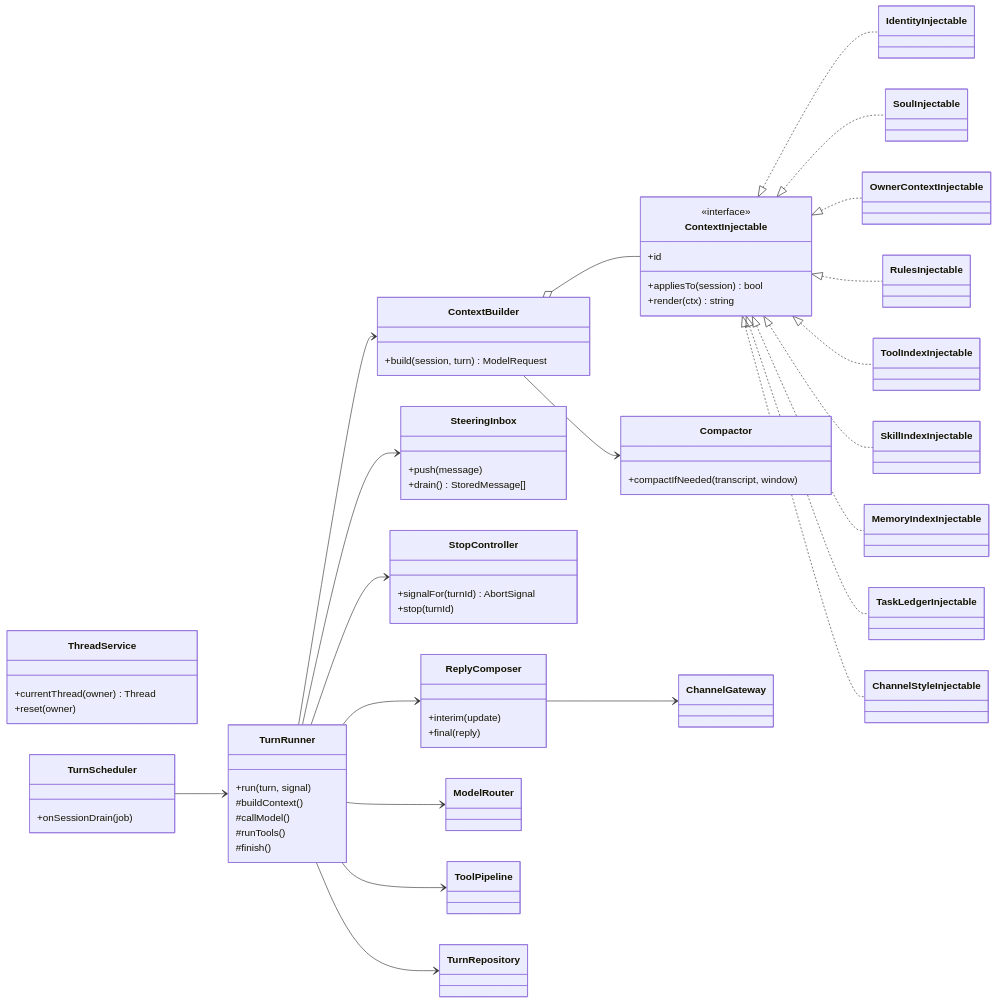
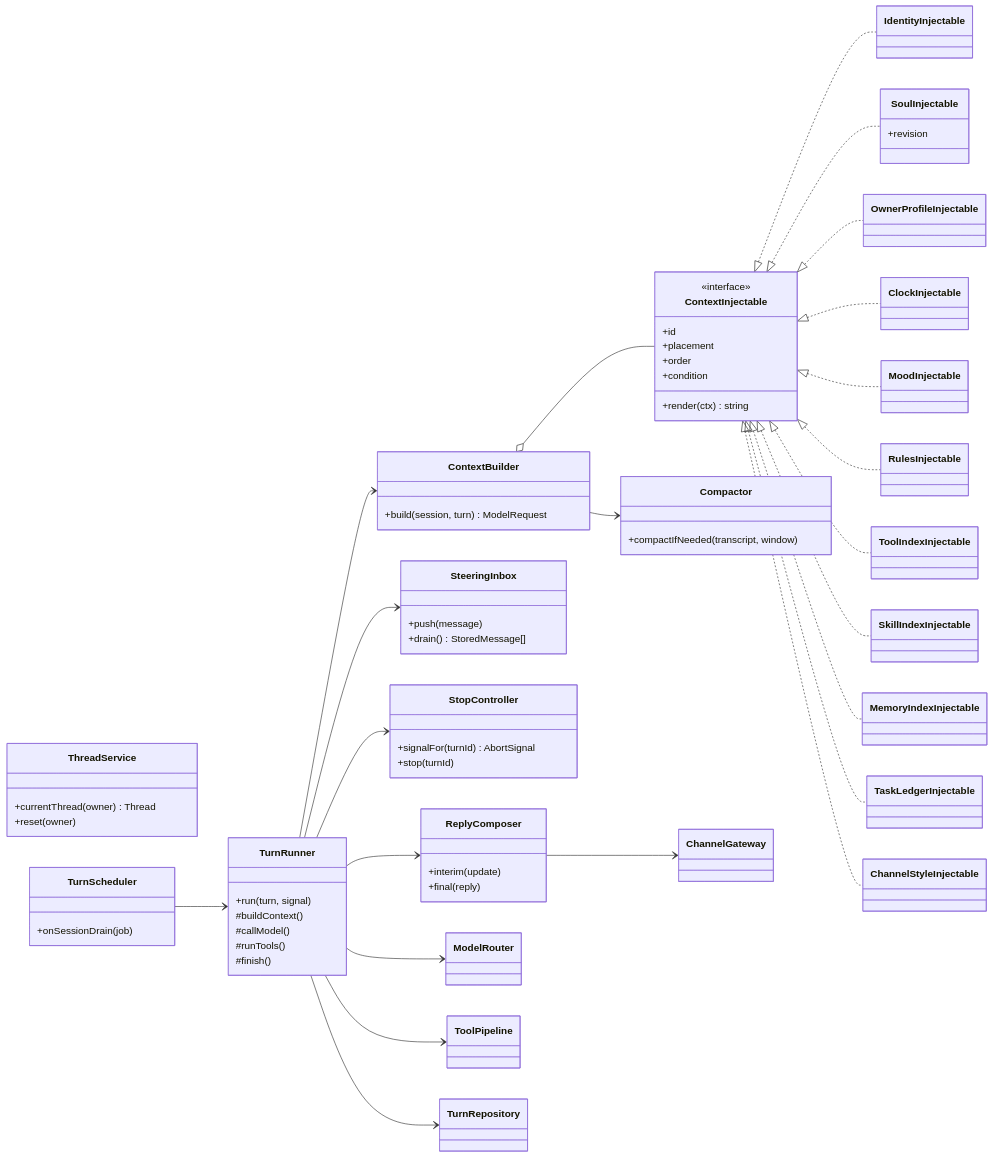
One commit to ggiraudon/shitsuji changed the fifth of 14 diagrams in docs/06-class-map.md. Above: the diagram before and after it, drawn with Mermaid. The commit also changed 8 other files, not shown here.

First line of the commit message:
Design injectable placement, the assembled SOUL and a mood (F25)

````diff
--- a/docs/06-class-map.md
+++ b/docs/06-class-map.md
@@ -302,72 +302,80 @@
 ```mermaid
 classDiagram
   direction LR
   class ThreadService {
     +currentThread(owner) Thread
     +reset(owner)
   }
   class TurnScheduler {
     +onSessionDrain(job)
   }
   class TurnRunner {
     +run(turn, signal)
     #buildContext()
     #callModel()
     #runTools()
     #finish()
   }
   class ContextBuilder {
     +build(session, turn) ModelRequest
   }
   class ContextInjectable {
     <<interface>>
     +id
-    +appliesTo(session) bool
+    +placement
+    +order
+    +condition
     +render(ctx) string
   }
   class IdentityInjectable
-  class SoulInjectable
-  class OwnerContextInjectable
+  class SoulInjectable {
+    +revision
+  }
+  class OwnerProfileInjectable
+  class ClockInjectable
+  class MoodInjectable
   class RulesInjectable
   class ToolIndexInjectable
   class SkillIndexInjectable
   class MemoryIndexInjectable
   class TaskLedgerInjectable
   class ChannelStyleInjectable
   class Compactor {
     +compactIfNeeded(transcript, window)
   }
   class SteeringInbox {
     +push(message)
     +drain() StoredMessage[]
   }
   class StopController {
     +signalFor(turnId) AbortSignal
     +stop(turnId)
   }
   class ReplyComposer {
     +interim(update)
     +final(reply)
   }
 
   TurnScheduler --> TurnRunner
   TurnRunner --> ContextBuilder
   TurnRunner --> ModelRouter
   TurnRunner --> ToolPipeline
   TurnRunner --> SteeringInbox
   TurnRunner --> StopController
   TurnRunner --> ReplyComposer
   TurnRunner --> TurnRepository
   ContextBuilder o-- ContextInjectable
   ContextBuilder --> Compactor
   ContextInjectable <|.. IdentityInjectable
   ContextInjectable <|.. SoulInjectable
-  ContextInjectable <|.. OwnerContextInjectable
+  ContextInjectable <|.. OwnerProfileInjectable
+  ContextInjectable <|.. ClockInjectable
+  ContextInjectable <|.. MoodInjectable
   ContextInjectable <|.. RulesInjectable
   ContextInjectable <|.. ToolIndexInjectable
   ContextInjectable <|.. SkillIndexInjectable
   ContextInjectable <|.. MemoryIndexInjectable
   ContextInjectable <|.. TaskLedgerInjectable
   ContextInjectable <|.. ChannelStyleInjectable
   ReplyComposer --> ChannelGateway
 ```
````
